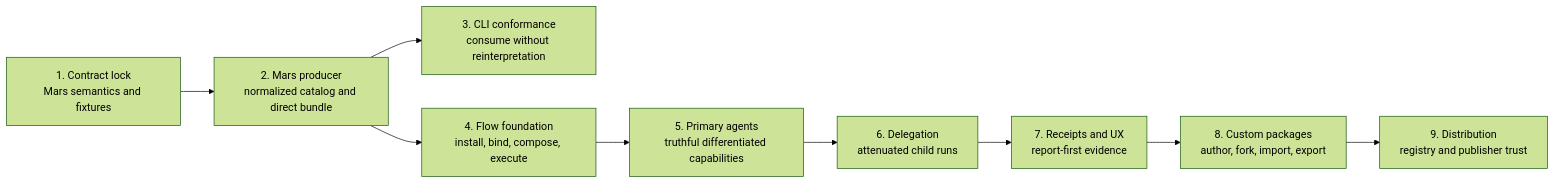
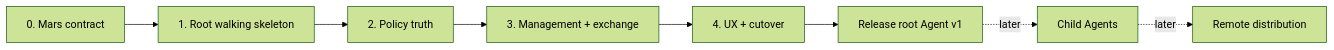
One commit to haowjy/meridian changed the diagram in docs/pr-evidence/agent-ux-target/agent-system-implementation-plan.md. Above: the diagram before and after it, drawn with Mermaid (forest theme). The commit also changed other lines of this file and 40 other files, not shown here.

````diff
--- a/docs/pr-evidence/agent-ux-target/agent-system-implementation-plan.md
+++ b/docs/pr-evidence/agent-ux-target/agent-system-implementation-plan.md
@@ -13,15 +7,10 @@
 ```mermaid
 flowchart LR
-    A["1. Contract lock\nMars semantics and fixtures"]
-    B["2. Mars producer\nnormalized catalog and direct bundle"]
-    C["3. CLI conformance\nconsume without reinterpretation"]
-    D["4. Flow foundation\ninstall, bind, compose, execute"]
-    E["5. Primary agents\ntruthful differentiated capabilities"]
-    F["6. Delegation\nattenuated child runs"]
-    G["7. Receipts and UX\nreport-first evidence"]
-    H["8. Custom packages\nauthor, fork, import, export"]
-    I["9. Distribution\nregistry and publisher trust"]
-
-    A --> B --> C
-    B --> D --> E --> F --> G --> H --> I
+    Contract["0. Mars contract"] --> Skeleton["1. Root walking skeleton"]
+    Skeleton --> Truth["2. Policy truth"]
+    Truth --> Manage["3. Management + exchange"]
+    Manage --> Harden["4. UX + cutover"]
+    Harden --> Release["Release root Agent v1"]
+    Release -. later .-> Children["Child Agents"]
+    Children -. later .-> Distribution["Remote distribution"]
 ```
````
